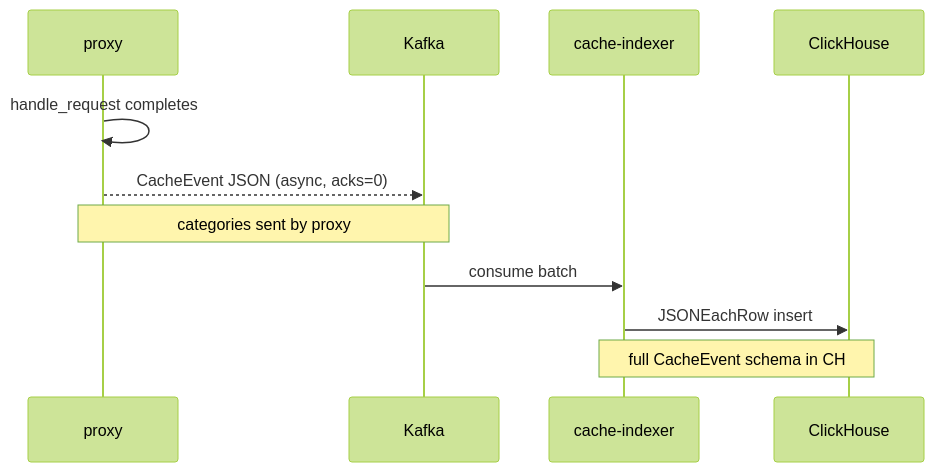
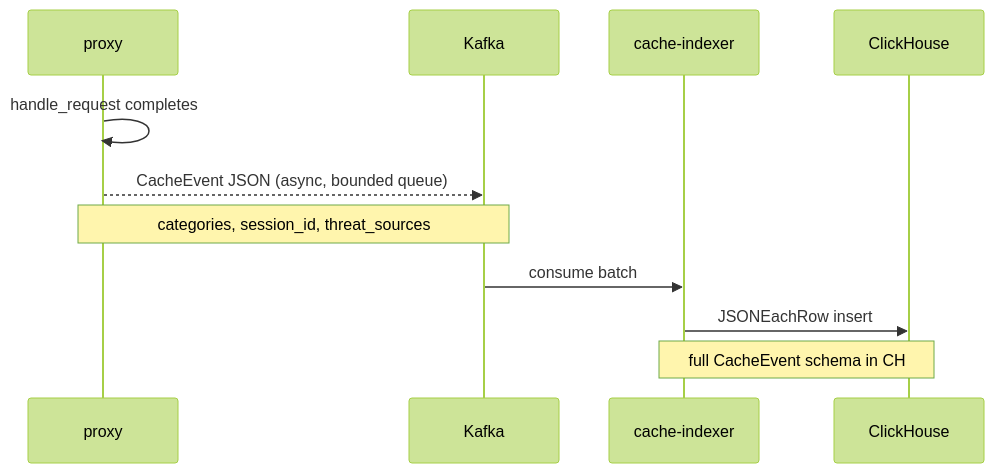
Before and after one commit to onixus/bsdm-proxy: the second of 3 diagrams in docs/architecture.md, drawn with Mermaid (forest theme). The commit also changed other lines of this file and 18 other files, not shown here.

````diff
--- a/docs/architecture.md
+++ b/docs/architecture.md
@@ -128,14 +128,14 @@
 ```mermaid
 sequenceDiagram
   participant P as proxy
   participant K as Kafka
   participant I as cache-indexer
   participant C as ClickHouse
 
   P->>P: handle_request completes
-  P-->>K: CacheEvent JSON (async, acks=0)
-  Note over P,K: categories sent by proxy
+  P-->>K: CacheEvent JSON (async, bounded queue)
+  Note over P,K: categories, session_id, threat_sources
   K->>I: consume batch
   I->>C: JSONEachRow insert
   Note over I,C: full CacheEvent schema in CH
 ```
````
